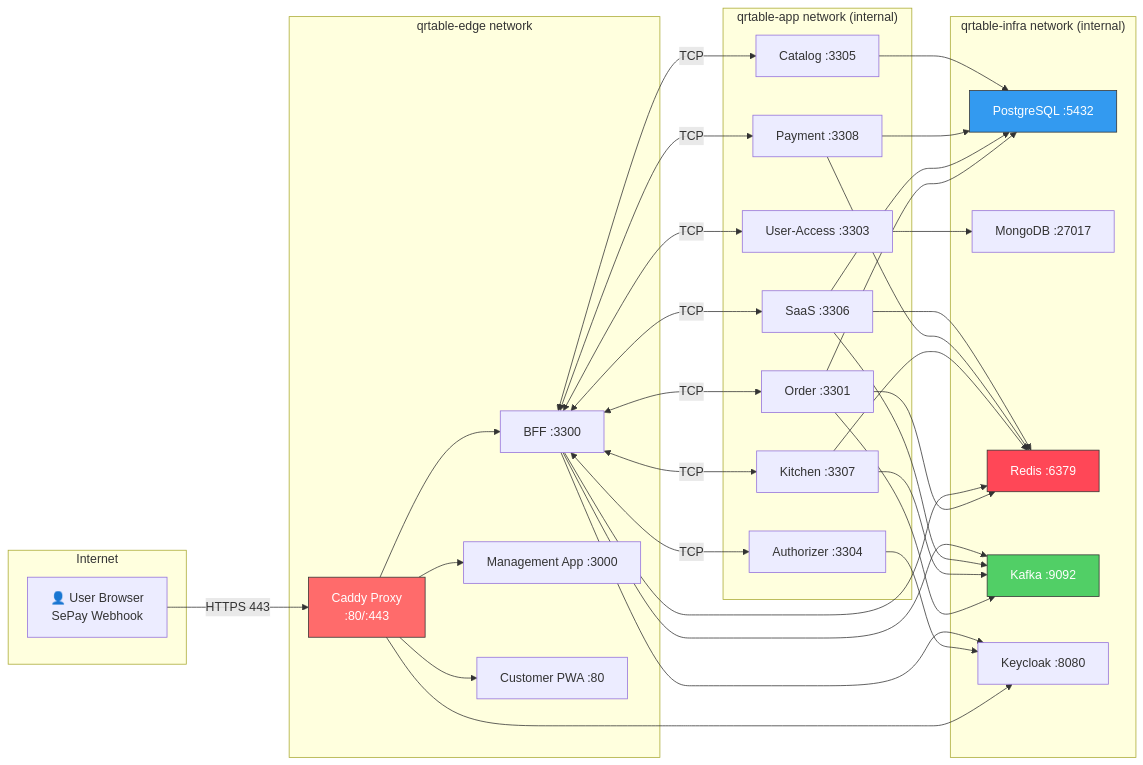
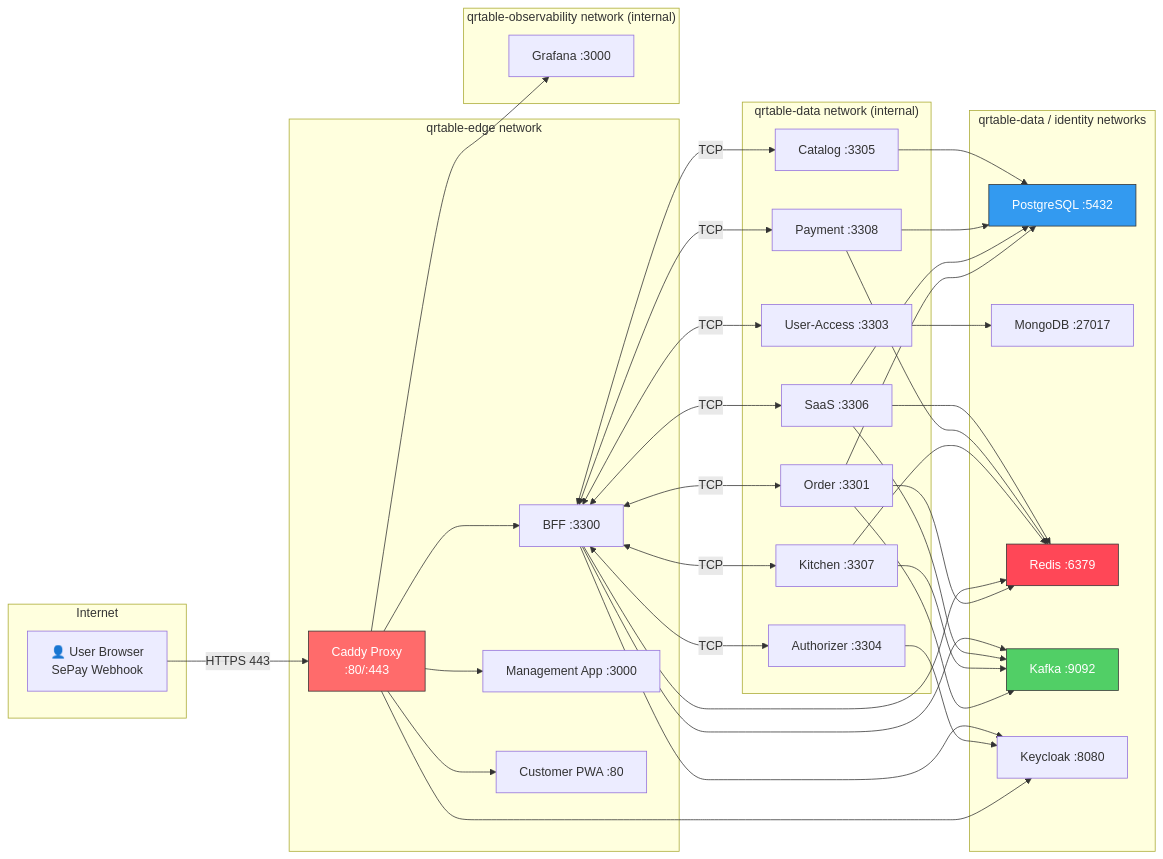
The second of 4 diagrams in docs/guides/docker-deployment-cicd-qrtable.md (quan-vo-dinh/saas-pos-microservices-qrtable), drawn with Mermaid before and after one commit. The commit also changed other lines of this file and 10 other files, not shown here.

````diff
--- a/docs/guides/docker-deployment-cicd-qrtable.md
+++ b/docs/guides/docker-deployment-cicd-qrtable.md
@@ -1388,45 +1386,49 @@
 ```mermaid
 graph LR
     subgraph "Internet"
         USER["👤 User Browser\nSePay Webhook"]
     end
 
     subgraph "qrtable-edge network"
         CADDY["Caddy Proxy\n:80/:443"]
         BFF["BFF :3300"]
         MGMT["Management App :3000"]
         PWA["Customer PWA :80"]
     end
 
-    subgraph "qrtable-app network (internal)"
+    subgraph "qrtable-data network (internal)"
         ORDER["Order :3301"]
         CATALOG["Catalog :3305"]
         KITCHEN["Kitchen :3307"]
         PAYMENT["Payment :3308"]
         SAAS["SaaS :3306"]
         AUTH["Authorizer :3304"]
         UA["User-Access :3303"]
     end
 
-    subgraph "qrtable-infra network (internal)"
+    subgraph "qrtable-data / identity networks"
         PG["PostgreSQL :5432"]
         MONGO["MongoDB :27017"]
         REDIS["Redis :6379"]
         KAFKA["Kafka :9092"]
         KC["Keycloak :8080"]
     end
 
+    subgraph "qrtable-observability network (internal)"
+        GRAFANA["Grafana :3000"]
+    end
+
     USER -->|"HTTPS 443"| CADDY
-    CADDY --> BFF & MGMT & PWA & KC
+    CADDY --> BFF & MGMT & PWA & KC & GRAFANA
     BFF <-->|"TCP"| ORDER & CATALOG & KITCHEN & PAYMENT & SAAS & AUTH & UA
     ORDER & SAAS & PAYMENT & CATALOG --> PG
     UA --> MONGO
     ORDER & BFF & KITCHEN & PAYMENT & SAAS --> REDIS
     ORDER & KITCHEN & SAAS & BFF --> KAFKA
     AUTH & BFF --> KC
 
     style CADDY fill:#ff6b6b,stroke:#333,color:#fff
     style PG fill:#339af0,stroke:#333,color:#fff
     style REDIS fill:#ff4757,stroke:#333,color:#fff
     style KAFKA fill:#51cf66,stroke:#333,color:#fff
 ```
````
